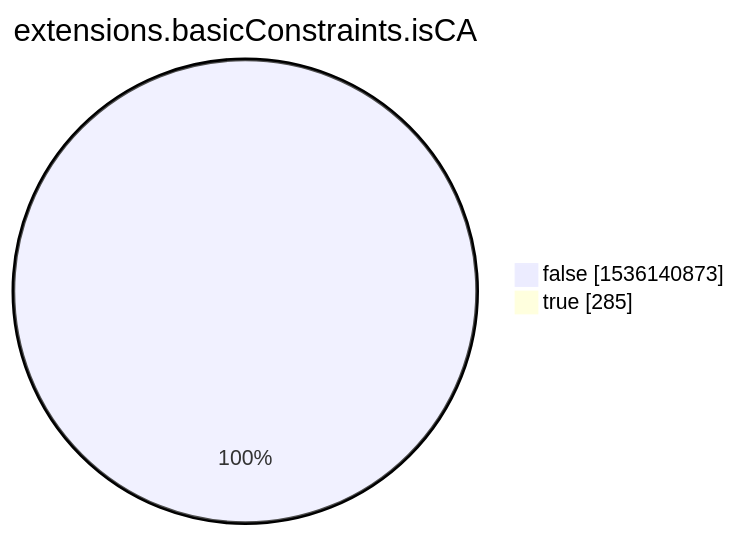
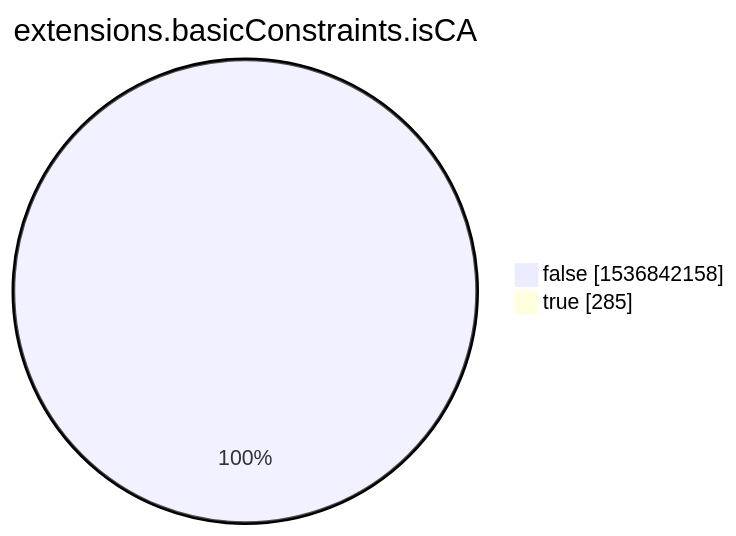
One commit to christiankrug/ctmonitor_visualization changed the eighth of 15 diagrams in xenon2022/README.md. Above: the diagram before and after it, drawn with Mermaid. The commit also changed other lines of this file, not shown here.

````diff
--- a/xenon2022/README.md
+++ b/xenon2022/README.md
@@ -2857,6 +2857,6 @@
 ```mermaid
 pie showData
 title extensions.basicConstraints.isCA
-"false" :1536140873
+"false" :1536842158
 "true" :285
 ```
````
